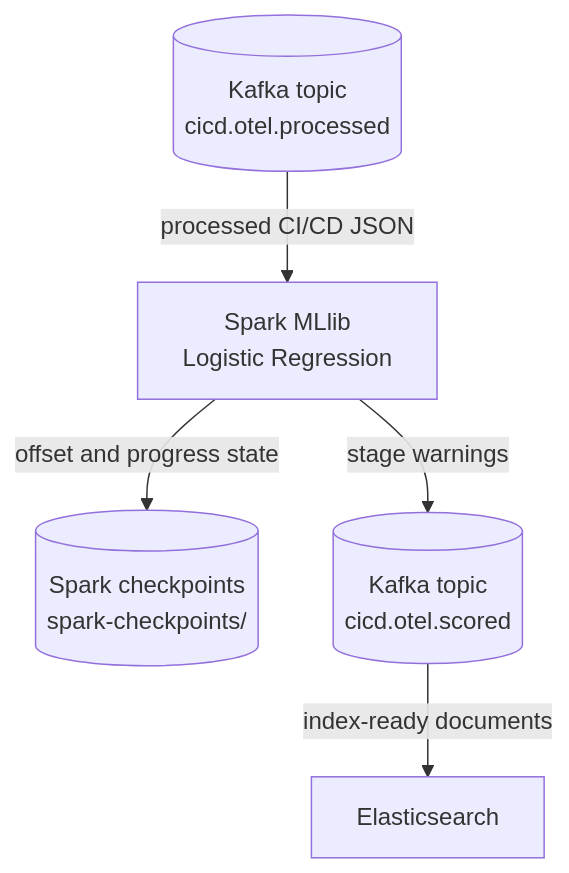
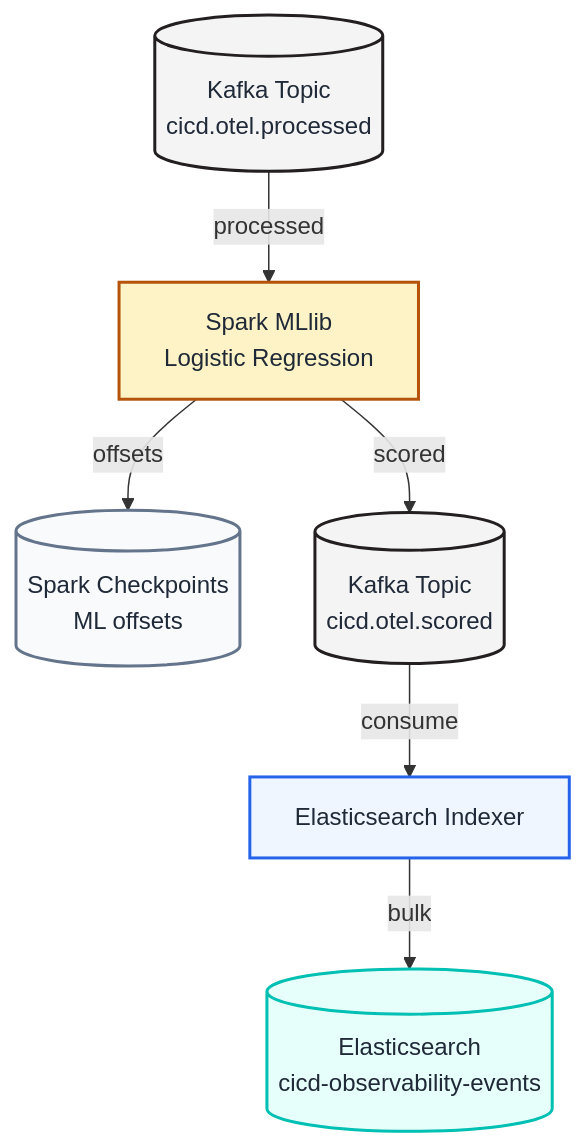
One commit to Darakuu/CI-CD-Observability-Stream changed the diagram in docs/03-Machine_Learning_MLlib.md. Above: the diagram before and after it, drawn with Mermaid. The commit also changed 3 other files, not shown here.

Commit message:
chore: improve mermaid diagrams in all docs

````diff
--- a/docs/03-Machine_Learning_MLlib.md
+++ b/docs/03-Machine_Learning_MLlib.md
@@ -8,13 +8,27 @@
 ```mermaid
 flowchart TD
-    ProcessedKafka[("Kafka topic\ncicd.otel.processed")]
+    ProcessedKafka[("Kafka Topic\ncicd.otel.processed")]
     MLlib["Spark MLlib\nLogistic Regression"]
-    Checkpoints[("Spark checkpoints\nspark-checkpoints/")]
-    ScoredKafka[("Kafka topic\ncicd.otel.scored")]
-    Elasticsearch["Elasticsearch"]
+    Checkpoints[("Spark Checkpoints\nML offsets")]
+    ScoredKafka[("Kafka Topic\ncicd.otel.scored")]
+    Indexer["Elasticsearch Indexer"]
+    Elasticsearch[("Elasticsearch\ncicd-observability-events")]
 
-    ProcessedKafka -->|"processed CI/CD JSON"| MLlib
-    MLlib -->|"offset and progress state"| Checkpoints
-    MLlib -->|"stage warnings"| ScoredKafka
-    ScoredKafka -->|"index-ready documents"| Elasticsearch
+    ProcessedKafka -->|"processed"| MLlib
+    MLlib -->|"offsets"| Checkpoints
+    MLlib -->|"scored"| ScoredKafka
+    ScoredKafka -->|"consume"| Indexer
+    Indexer -->|"bulk"| Elasticsearch
+
+    classDef kafka fill:#F4F4F5,stroke:#231F20,stroke-width:2px,color:#1F2937;
+    classDef mllib fill:#FEF3C7,stroke:#B45309,stroke-width:2px,color:#1F2937;
+    classDef checkpoint fill:#F8FAFC,stroke:#64748B,stroke-width:2px,color:#1F2937;
+    classDef indexer fill:#EFF6FF,stroke:#2563EB,stroke-width:2px,color:#1F2937;
+    classDef elasticsearch fill:#E6FFFB,stroke:#00BFB3,stroke-width:2px,color:#1F2937;
+
+    class ProcessedKafka,ScoredKafka kafka;
+    class MLlib mllib;
+    class Checkpoints checkpoint;
+    class Indexer indexer;
+    class Elasticsearch elasticsearch;
 ```
````
